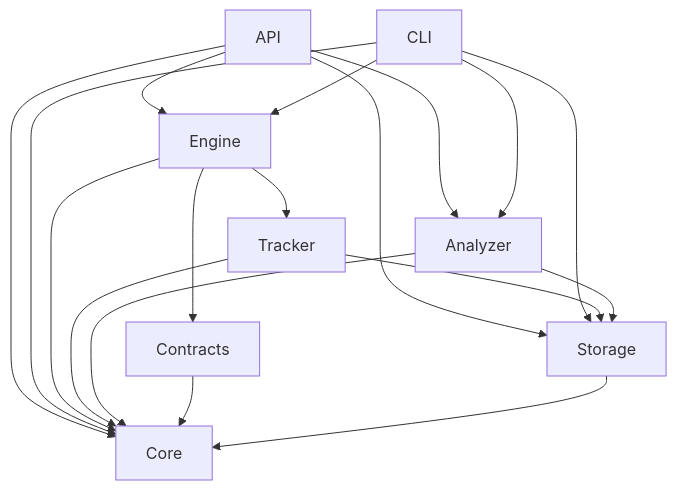
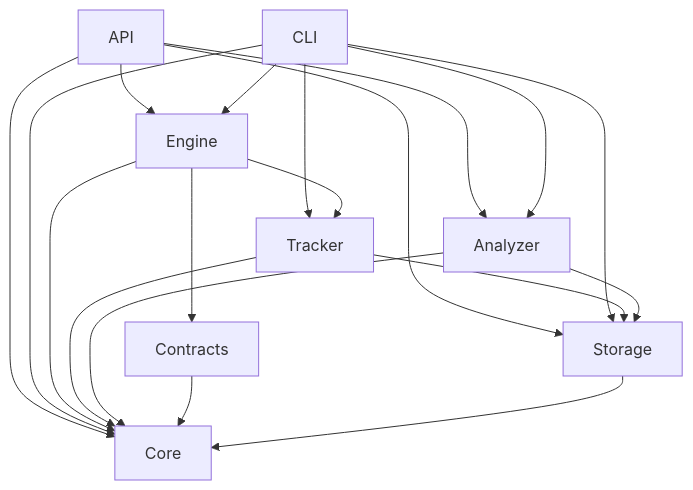
The diagram in docs/architecture.md (taran-vijay/pipeline-autopsy), drawn with Mermaid before and after one commit. The commit also changed other lines of this file and 18 other files, not shown here.

````diff
--- a/docs/architecture.md
+++ b/docs/architecture.md
@@ -21,20 +22,21 @@
 ```mermaid
 flowchart TD
   api[API] --> engine[Engine]
   api --> analyzer[Analyzer]
   api --> storage[Storage]
   cli[CLI] --> engine
   cli --> analyzer
   cli --> storage
+  cli --> tracker
   engine --> tracker[Tracker]
   engine --> contracts[Contracts]
   tracker --> storage
   analyzer --> storage
   api --> core[Core]
   cli --> core
   engine --> core
   tracker --> core
   analyzer --> core
   contracts --> core
   storage --> core
 ```
````
